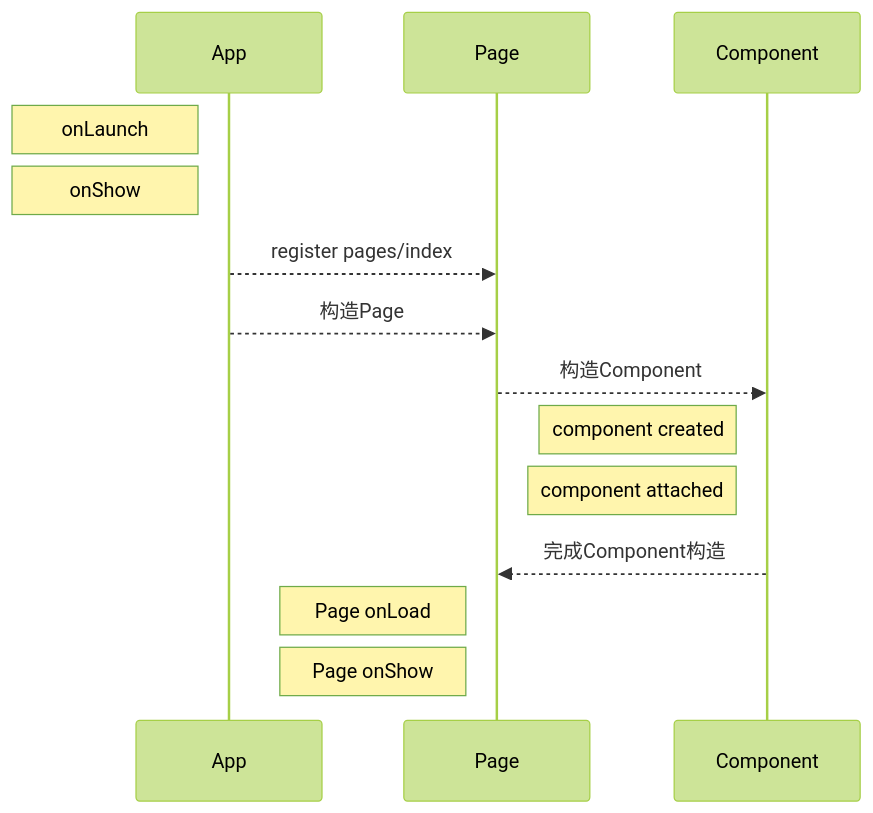
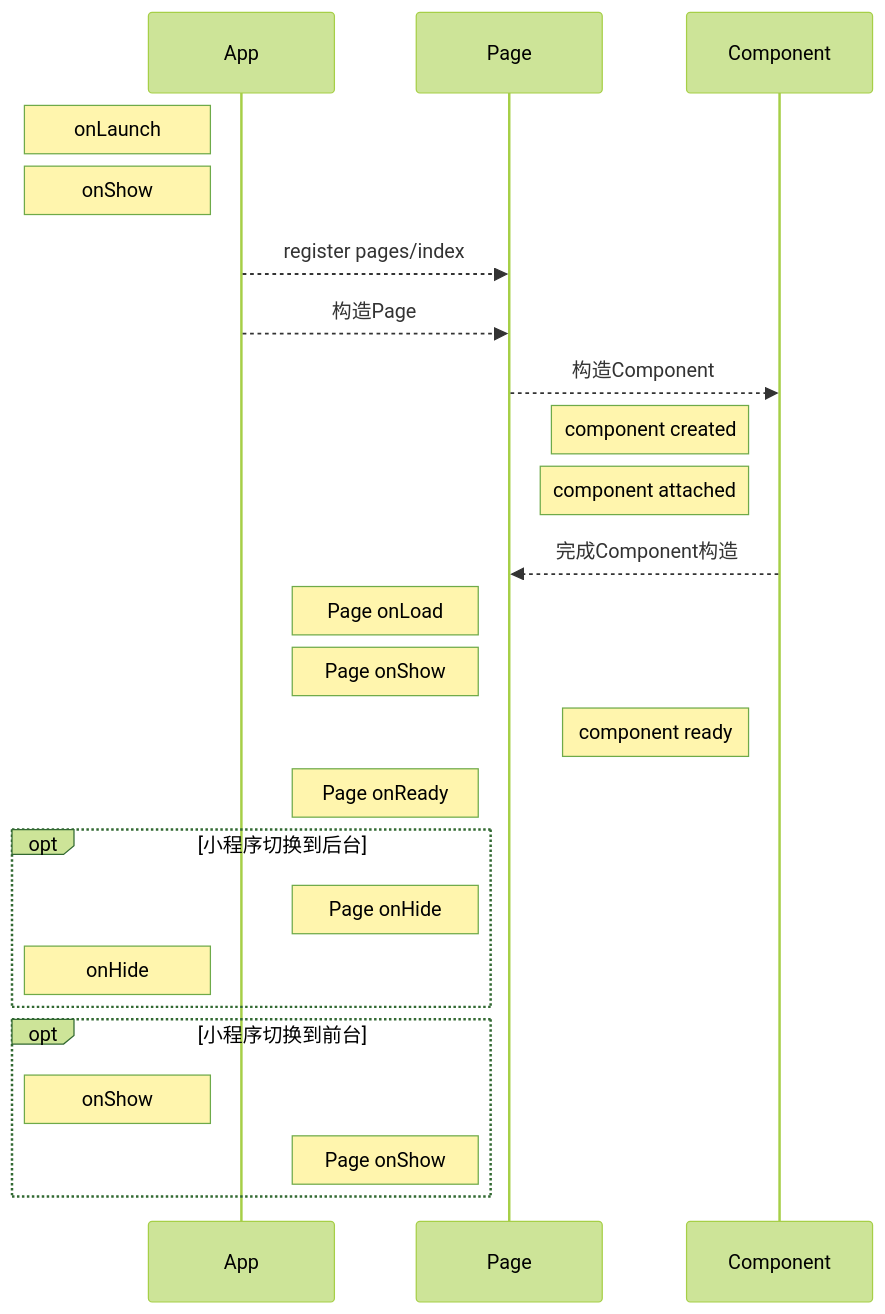
The first of 2 diagrams in wxminiprogram/demo_packages/生命周期.md (liubei90/basic), drawn with Mermaid (forest theme) before and after one commit. The commit also changed other lines of this file and 7 other files, not shown here.

````diff
--- a/wxminiprogram/demo_packages/生命周期.md
+++ b/wxminiprogram/demo_packages/生命周期.md
@@ -55,18 +56,28 @@
 ```mermaid
 
 sequenceDiagram
     participant App
     participant Page
     participant Component
     Note left of App: onLaunch
     Note left of App: onShow
     App -->> Page:register pages/index
     App -->> Page:构造Page
     Page -->> Component: 构造Component
     Note left of Component: component created
     Note left of Component: component attached
     Component -->> Page: 完成Component构造
     Note left of Page: Page onLoad
     Note left of Page: Page onShow
+    Note left of Component: component ready
+    Note left of Page: Page onReady
+    opt 小程序切换到后台
+      Note left of Page: Page onHide
+      Note left of App: onHide
+    end
+    opt 小程序切换到前台
+      Note left of App: onShow
+      Note left of Page: Page onShow
+    end
 
 ```
````
